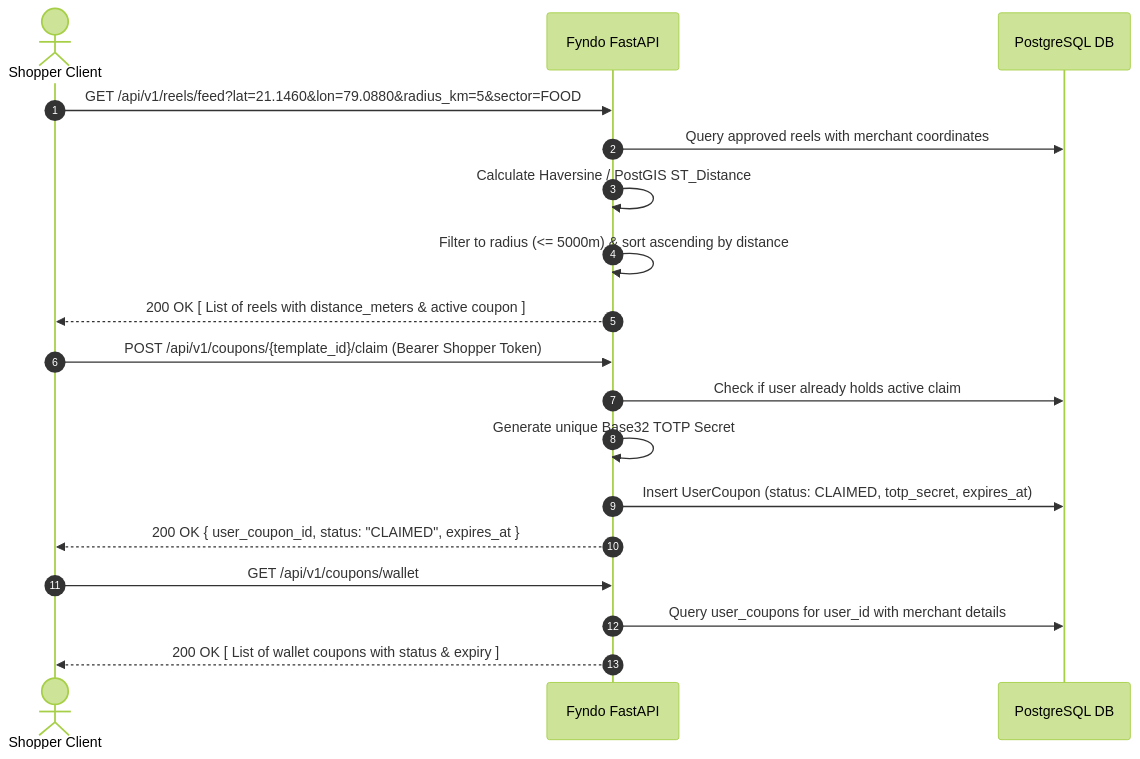
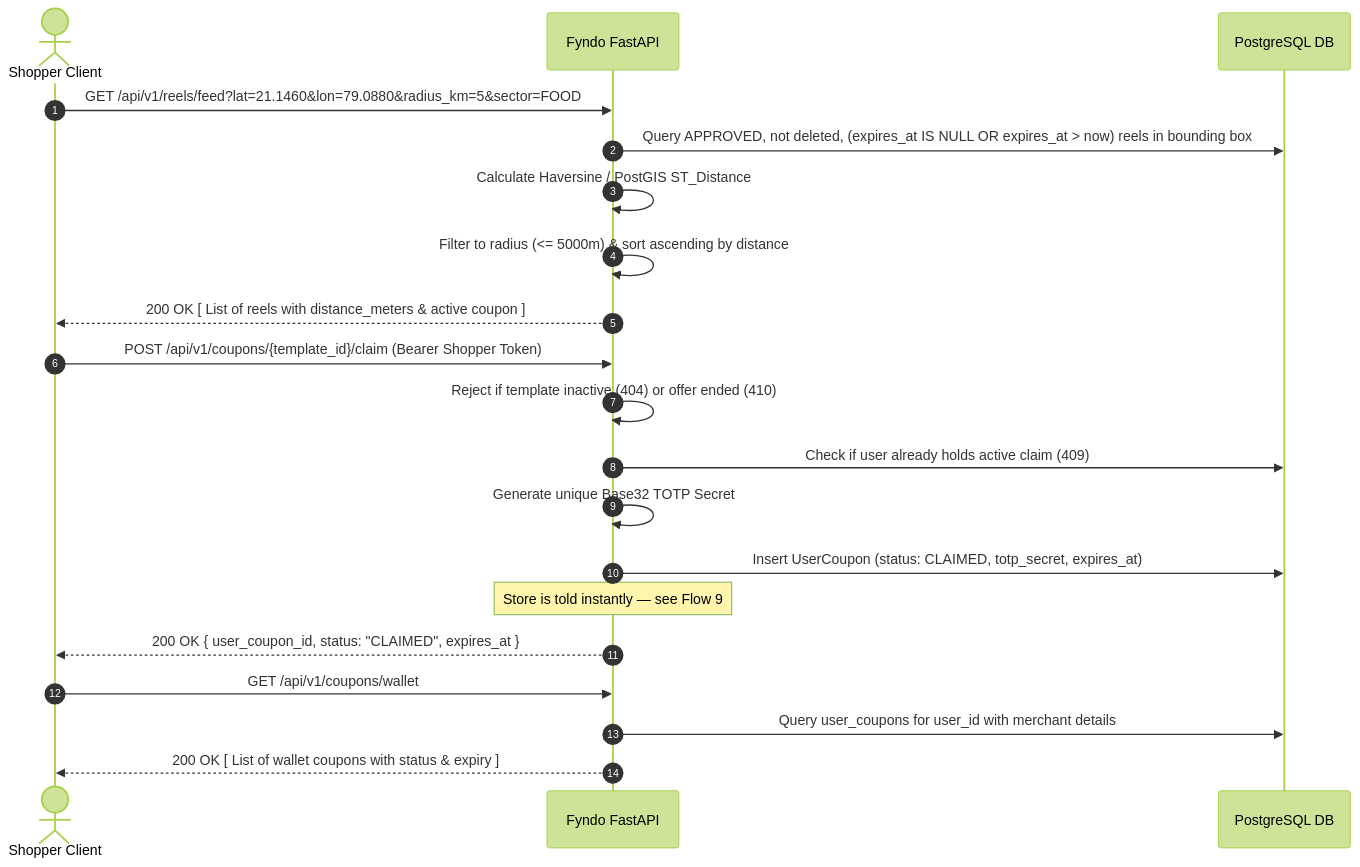
One commit to sudarshankakde/Fyndo changed the fifth of 11 diagrams in backend/docs/backend_schema_and_flow_guide.md. Above: the diagram before and after it, drawn with Mermaid (forest theme). The commit also changed other lines of this file and 1 other file, not shown here.

First line of the commit message:
docs: document store engagement and reel lifecycle

````diff
--- a/backend/docs/backend_schema_and_flow_guide.md
+++ b/backend/docs/backend_schema_and_flow_guide.md
@@ -287,23 +382,25 @@
 ```mermaid
 sequenceDiagram
     autonumber
     actor Shopper as Shopper Client
     participant API as Fyndo FastAPI
     participant DB as PostgreSQL DB
 
     Shopper->>API: GET /api/v1/reels/feed?lat=21.1460&lon=79.0880&radius_km=5&sector=FOOD
-    API->>DB: Query approved reels with merchant coordinates
+    API->>DB: Query APPROVED, not deleted, (expires_at IS NULL OR expires_at > now) reels in bounding box
     API->>API: Calculate Haversine / PostGIS ST_Distance
     API->>API: Filter to radius (<= 5000m) & sort ascending by distance
     API-->>Shopper: 200 OK [ List of reels with distance_meters & active coupon ]
 
     Shopper->>API: POST /api/v1/coupons/{template_id}/claim (Bearer Shopper Token)
-    API->>DB: Check if user already holds active claim
+    API->>API: Reject if template inactive (404) or offer ended (410)
+    API->>DB: Check if user already holds active claim (409)
     API->>API: Generate unique Base32 TOTP Secret
     API->>DB: Insert UserCoupon (status: CLAIMED, totp_secret, expires_at)
+    Note over API: Store is told instantly — see Flow 9
     API-->>Shopper: 200 OK { user_coupon_id, status: "CLAIMED", expires_at }
 
     Shopper->>API: GET /api/v1/coupons/wallet
     API->>DB: Query user_coupons for user_id with merchant details
     API-->>Shopper: 200 OK [ List of wallet coupons with status & expiry ]
 ```
````
